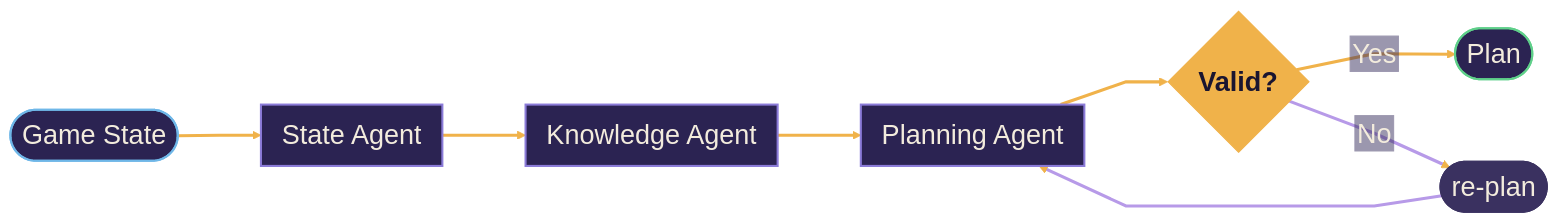
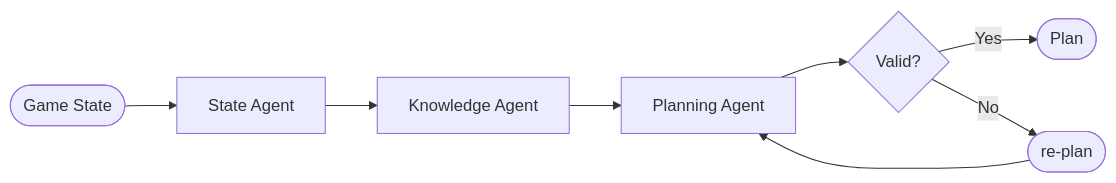
One commit to nebuchadneZZar01/termina-companion changed the diagram in docs/slides.md. Above: the diagram before and after it, drawn with Mermaid. The commit also changed 6 other files, not shown here.

First line of the commit message:
refactor(slides): share one style across the Mermaid diagrams

````diff
--- a/docs/slides.md
+++ b/docs/slides.md
@@ -163,20 +163,12 @@
 ```mermaid
-%%{init: {"theme":"base","themeVariables":{"fontFamily":"Inter, Arial, sans-serif","fontSize":"26px","primaryColor":"#2b2352","primaryTextColor":"#f3ecdd","primaryBorderColor":"#8b7bd8","lineColor":"#f0b24a","tertiaryColor":"#3a3160","edgeLabelBackground":"#3a3160","mainBkg":"#2b2352","nodeBorder":"#8b7bd8","textColor":"#f3ecdd"},"flowchart":{"curve":"linear","htmlLabels":false,"nodeSpacing":50,"rankSpacing":80,"padding":10,"wrappingWidth":400},"themeCSS":".nodeLabel, .edgeLabel { font-family: Inter, Arial, sans-serif !important; }"}}%%
 flowchart LR
   gs([Game State]) --> sa[State Agent] --> ka[Knowledge Agent] --> pa[Planning Agent] --> d{Valid?}
   d -->|Yes| plan([Plan])
-  d -->|No| rp([re-plan])
-  rp --> pa
-  classDef start fill:#2b2352,stroke:#6fb7e8,stroke-width:2px,color:#f3ecdd;
-  classDef agent fill:#2b2352,stroke:#8b7bd8,stroke-width:2px,color:#f3ecdd;
-  classDef decision fill:#f0b24a,stroke:#f0b24a,color:#1a1530,font-weight:600;
-  classDef plan fill:#2b2352,stroke:#5fd08a,stroke-width:2px,color:#f3ecdd;
-  classDef label fill:#3a3160,stroke:#3a3160,color:#f3ecdd;
+  d e_acc1@-->|No| rp([re-plan])
+  rp e_acc2@--> pa
   class gs start;
   class sa,ka,pa agent;
   class d decision;
   class plan plan;
   class rp label;
-  linkStyle default stroke:#f0b24a,stroke-width:3px;
-  linkStyle 5,6 stroke:#b79ae8,stroke-width:3px;
 ```
````
